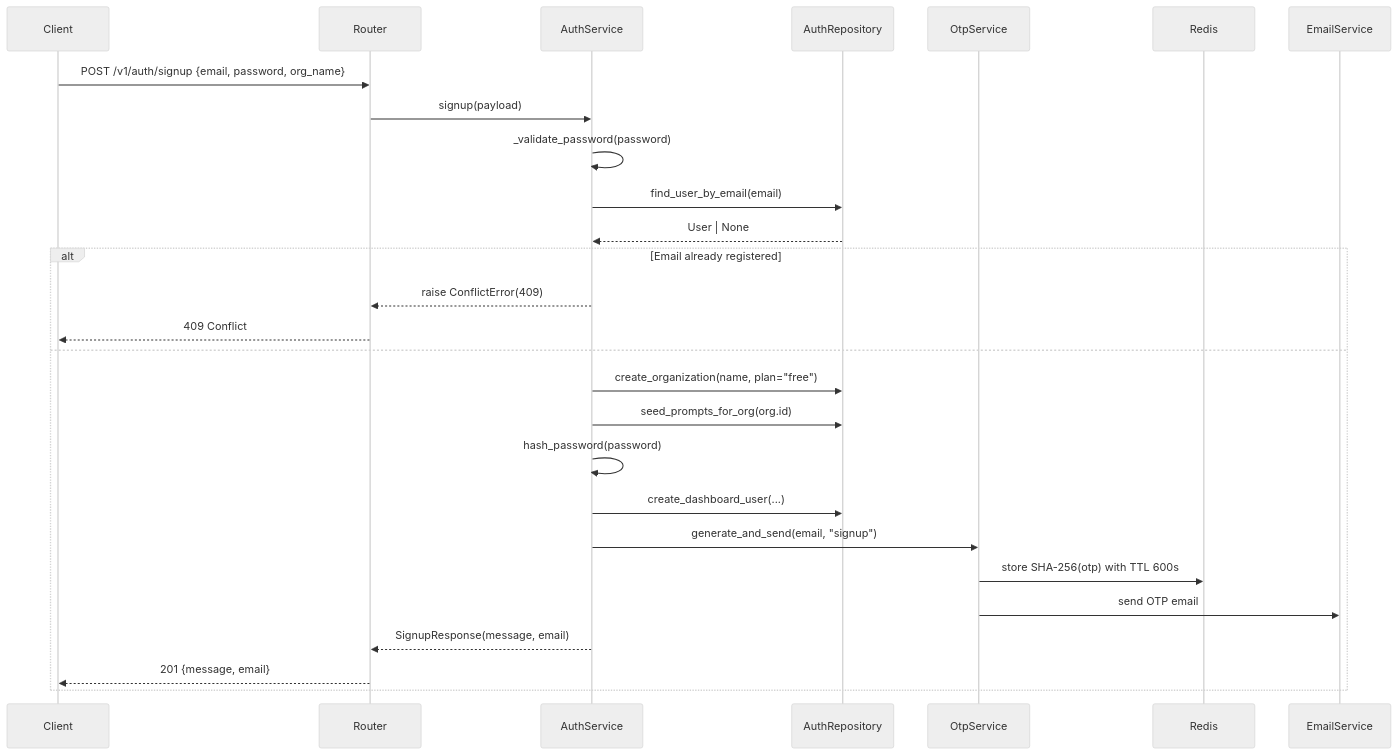
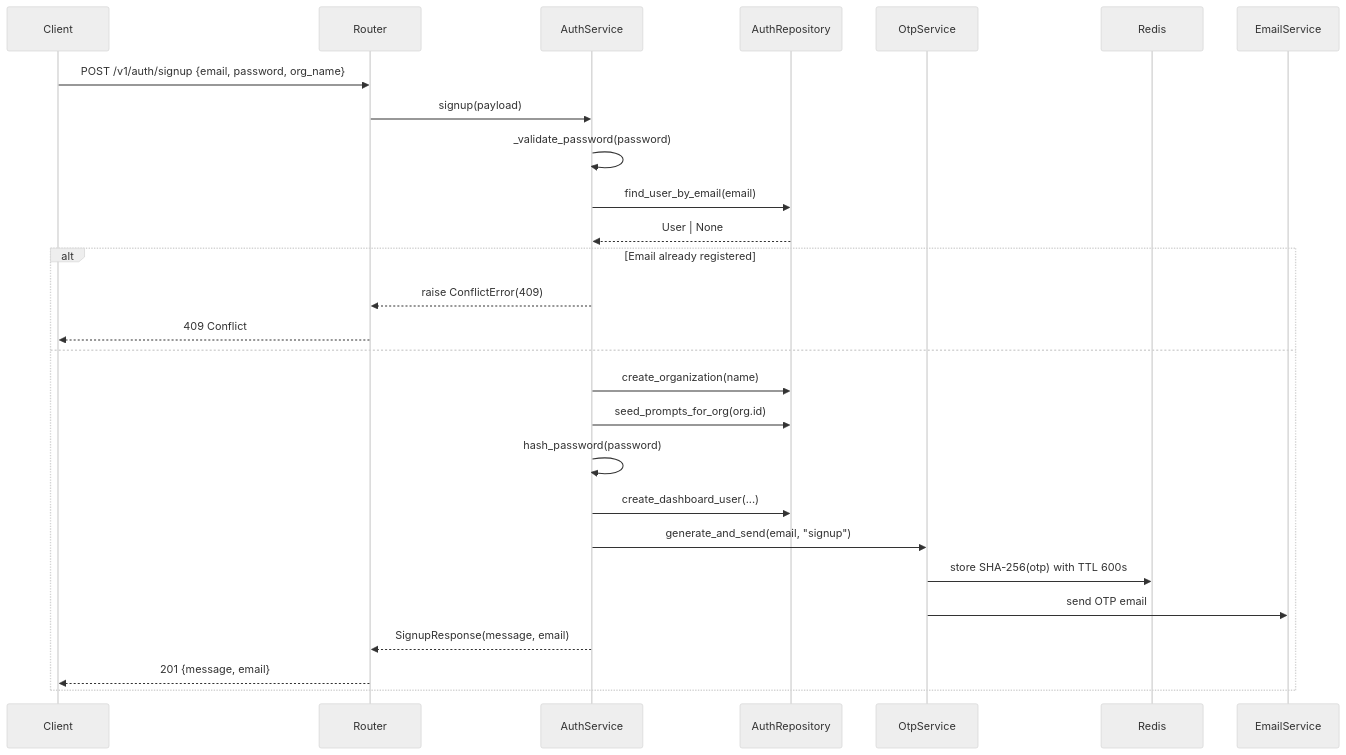
Before and after one commit to openzync/openzync-docs: the first of 2 diagrams in domains/auth.rst, drawn with Mermaid (neutral theme). The commit also changed other lines of this file and 7 other files, not shown here.

```diff
--- a/domains/auth.rst
+++ b/domains/auth.rst
@@ -598,30 +593,30 @@
 .. mermaid::
 
    sequenceDiagram
        participant Client
        participant Router
        participant AuthService
        participant AuthRepository
        participant OtpService
        participant Redis
        participant EmailService
 
        Client->>Router: POST /v1/auth/signup {email, password, org_name}
        Router->>AuthService: signup(payload)
        AuthService->>AuthService: _validate_password(password)
        AuthService->>AuthRepository: find_user_by_email(email)
        AuthRepository-->>AuthService: User | None
        alt Email already registered
            AuthService-->>Router: raise ConflictError(409)
            Router-->>Client: 409 Conflict
        else
-           AuthService->>AuthRepository: create_organization(name, plan="free")
+           AuthService->>AuthRepository: create_organization(name)
            AuthService->>AuthRepository: seed_prompts_for_org(org.id)
            AuthService->>AuthService: hash_password(password)
            AuthService->>AuthRepository: create_dashboard_user(...)
            AuthService->>OtpService: generate_and_send(email, "signup")
            OtpService->>Redis: store SHA-256(otp) with TTL 600s
            OtpService->>EmailService: send OTP email
            AuthService-->>Router: SignupResponse(message, email)
            Router-->>Client: 201 {message, email}
        end
```
